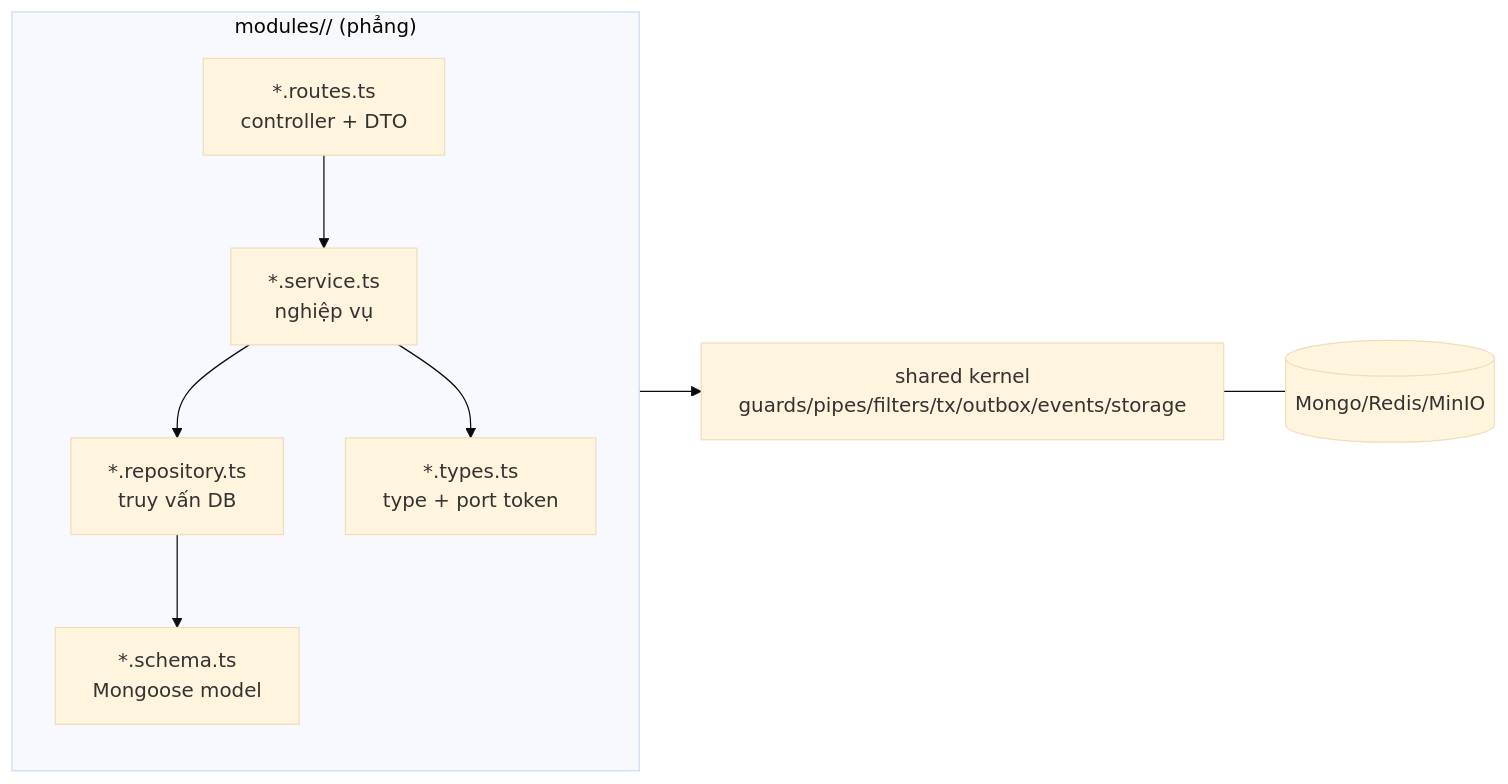
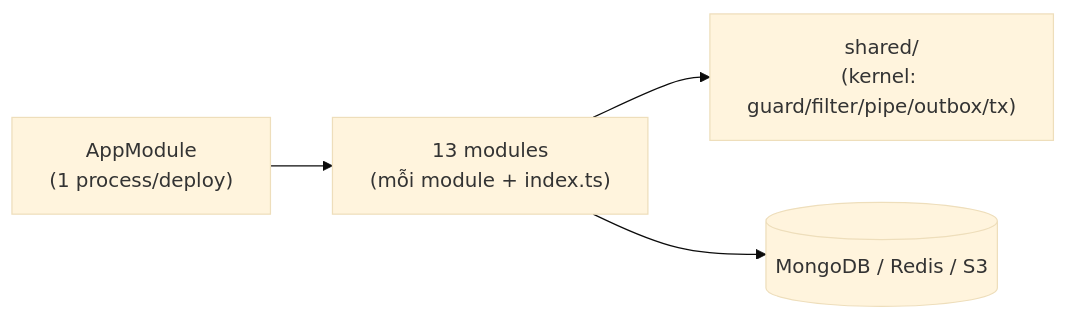
The first of 2 diagrams in docs/refactor/architecture-diagram.md (tieneshoabeai/AI-systems-support-detecting-and-handling-data-quality-issues), drawn with Mermaid (base theme) before and after one commit. The commit also changed other lines of this file and 17 other files, not shown here.

````diff
--- a/docs/refactor/architecture-diagram.md
+++ b/docs/refactor/architecture-diagram.md
@@ -21,14 +5,6 @@
 ```mermaid
-flowchart LR
-    subgraph MOD ["modules/<ten>/ (phẳng)"]
-        R1[*.routes.ts<br/>controller + DTO]
-        S[*.service.ts<br/>nghiệp vụ]
-        RP[*.repository.ts<br/>truy vấn DB]
-        SC[*.schema.ts<br/>Mongoose model]
-        T[*.types.ts<br/>type + port token]
-    end
-    R1 --> S --> RP --> SC
-    S --> T
-    MOD --> K[shared kernel<br/>guards/pipes/filters/tx/outbox/events/storage]
-    K --- DB[(Mongo/Redis/MinIO)]
+graph LR
+    APP["AppModule<br/>(1 process/deploy)"] --> M13["13 modules<br/>(mỗi module + index.ts)"]
+    M13 --> SHARED["shared/<br/>(kernel: guard/filter/pipe/outbox/tx)"]
+    M13 --> DB[("MongoDB / Redis / S3")]
 ```
````
